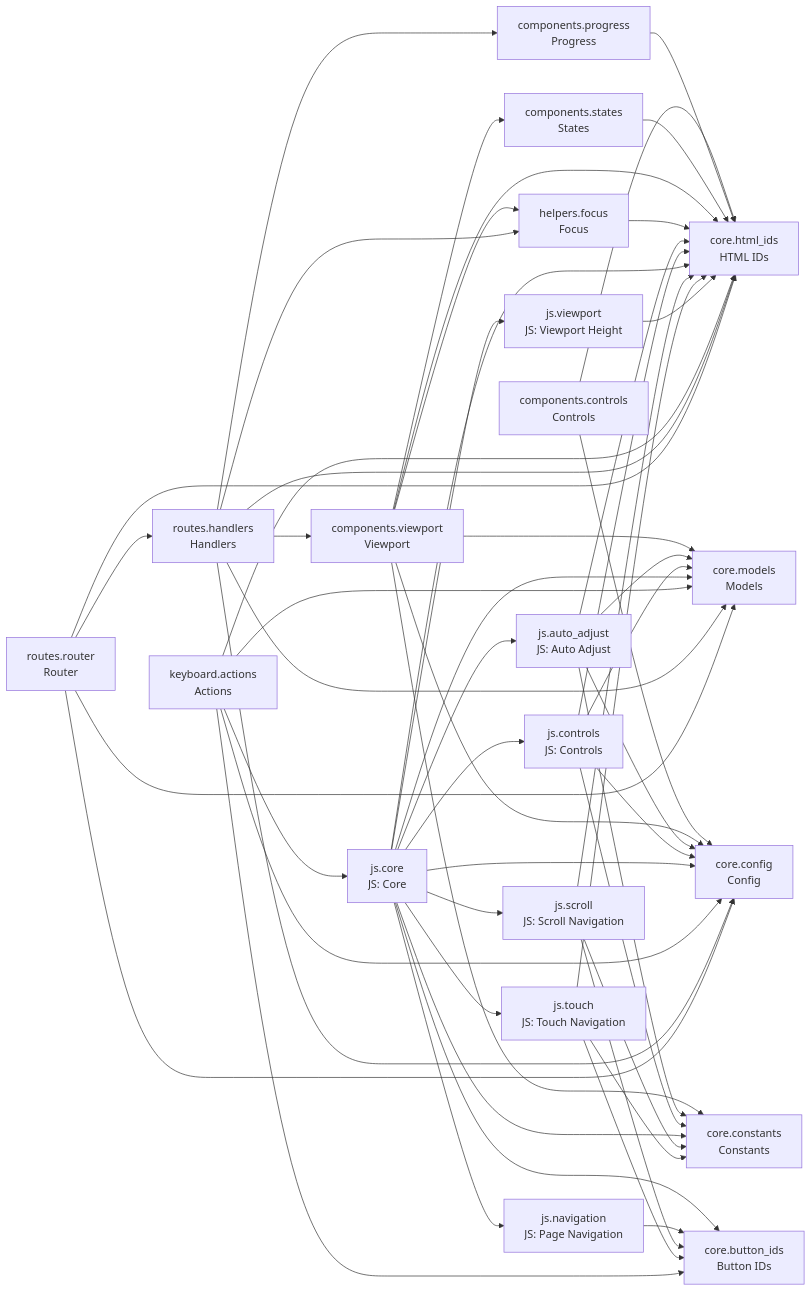
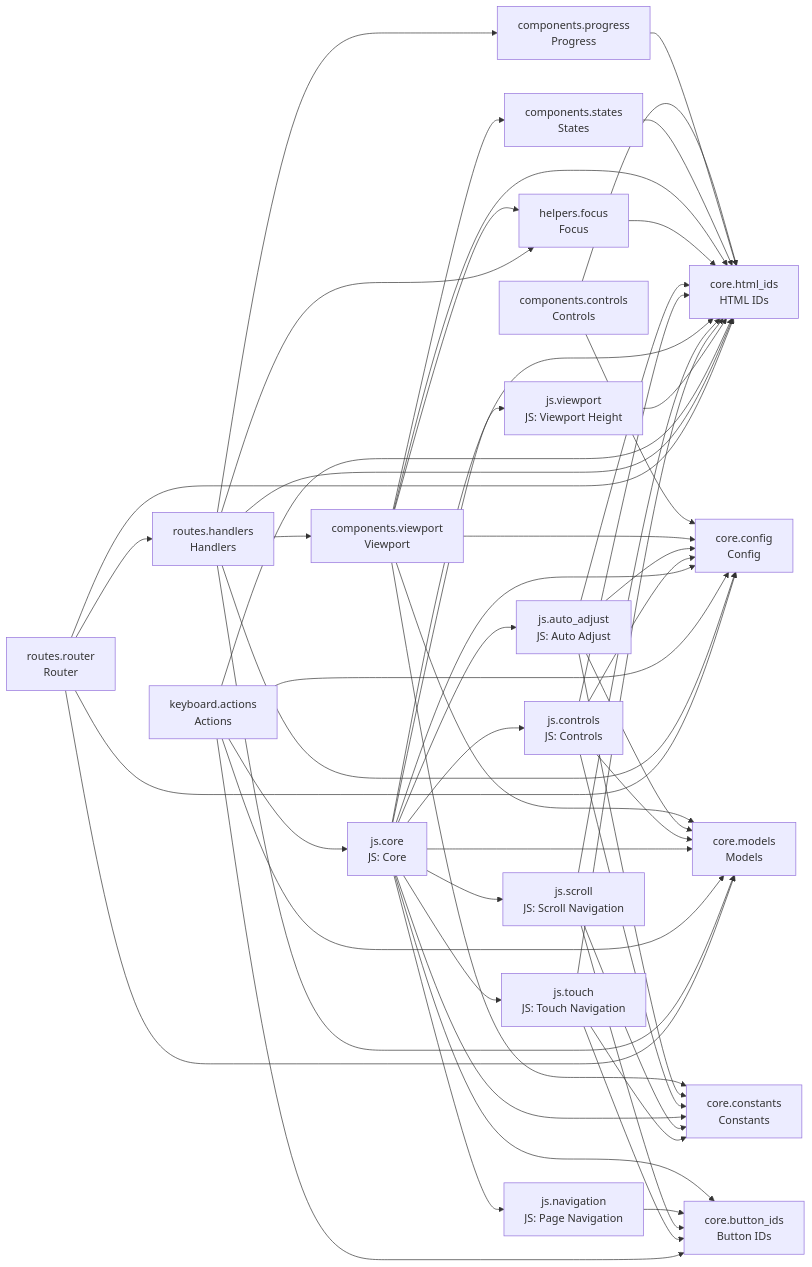
Before and after one commit to cj-mills/cjm-fasthtml-card-stack: the diagram in README.md, drawn with Mermaid. The commit also changed other lines of this file and 5 other files, not shown here.

````diff
--- a/README.md
+++ b/README.md
@@ -46,77 +46,77 @@
 ``` mermaid
 graph LR
     components_controls[components.controls<br/>Controls]
     components_progress[components.progress<br/>Progress]
     components_states[components.states<br/>States]
     components_viewport[components.viewport<br/>Viewport]
     core_button_ids[core.button_ids<br/>Button IDs]
     core_config[core.config<br/>Config]
     core_constants[core.constants<br/>Constants]
     core_html_ids[core.html_ids<br/>HTML IDs]
     core_models[core.models<br/>Models]
     helpers_focus[helpers.focus<br/>Focus]
     js_auto_adjust[js.auto_adjust<br/>JS: Auto Adjust]
     js_controls[js.controls<br/>JS: Controls]
     js_core[js.core<br/>JS: Core]
     js_navigation[js.navigation<br/>JS: Page Navigation]
     js_scroll[js.scroll<br/>JS: Scroll Navigation]
     js_touch[js.touch<br/>JS: Touch Navigation]
     js_viewport[js.viewport<br/>JS: Viewport Height]
     keyboard_actions[keyboard.actions<br/>Actions]
     routes_handlers[routes.handlers<br/>Handlers]
     routes_router[routes.router<br/>Router]
 
     components_controls --> core_config
     components_controls --> core_html_ids
     components_progress --> core_html_ids
     components_states --> core_html_ids
     components_viewport --> helpers_focus
+    components_viewport --> core_config
     components_viewport --> core_models
     components_viewport --> components_states
-    components_viewport --> core_config
     components_viewport --> core_html_ids
     components_viewport --> core_constants
     helpers_focus --> core_html_ids
     js_auto_adjust --> core_constants
+    js_auto_adjust --> core_html_ids
     js_auto_adjust --> core_models
-    js_auto_adjust --> core_html_ids
     js_auto_adjust --> core_config
     js_controls --> core_constants
+    js_controls --> core_html_ids
     js_controls --> core_models
-    js_controls --> core_html_ids
     js_controls --> core_config
+    js_core --> js_controls
+    js_core --> js_touch
+    js_core --> core_button_ids
+    js_core --> core_config
+    js_core --> core_models
     js_core --> core_constants
-    js_core --> js_controls
+    js_core --> core_html_ids
     js_core --> js_navigation
-    js_core --> core_models
-    js_core --> core_config
+    js_core --> js_scroll
+    js_core --> js_auto_adjust
     js_core --> js_viewport
-    js_core --> js_scroll
-    js_core --> core_html_ids
-    js_core --> core_button_ids
-    js_core --> js_touch
-    js_core --> js_auto_adjust
     js_navigation --> core_button_ids
+    js_scroll --> core_constants
     js_scroll --> core_html_ids
-    js_scroll --> core_constants
     js_scroll --> core_button_ids
     js_touch --> core_constants
     js_touch --> core_html_ids
     js_touch --> core_button_ids
     js_viewport --> core_html_ids
+    keyboard_actions --> js_core
     keyboard_actions --> core_config
+    keyboard_actions --> core_button_ids
+    keyboard_actions --> core_html_ids
     keyboard_actions --> core_models
-    keyboard_actions --> core_html_ids
-    keyboard_actions --> core_button_ids
-    keyboard_actions --> js_core
+    routes_handlers --> components_progress
+    routes_handlers --> components_viewport
+    routes_handlers --> core_config
+    routes_handlers --> core_models
+    routes_handlers --> core_html_ids
     routes_handlers --> helpers_focus
-    routes_handlers --> components_viewport
-    routes_handlers --> core_models
-    routes_handlers --> components_progress
-    routes_handlers --> core_config
-    routes_handlers --> core_html_ids
     routes_router --> routes_handlers
+    routes_router --> core_config
     routes_router --> core_models
-    routes_router --> core_config
     routes_router --> core_html_ids
 ```
````
